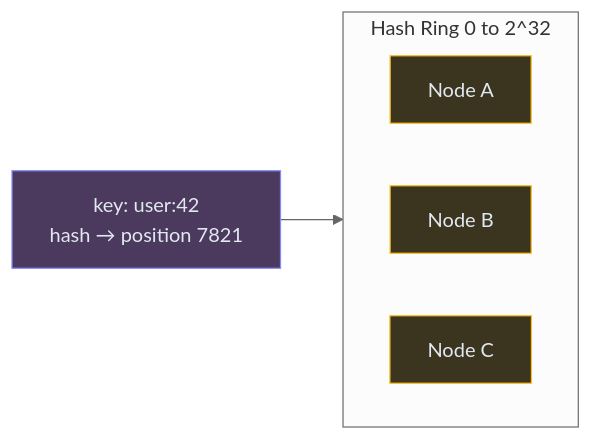
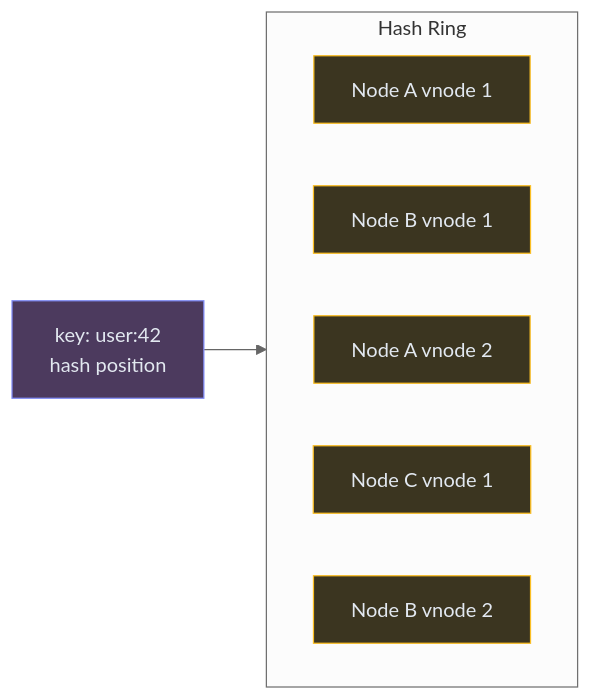
The seventh of 10 diagrams in content/hld/KeyValueStore.md (iluzn/HLD-Designs), drawn with Mermaid (neutral theme) before and after one commit. The commit also changed other lines of this file, not shown here.

Commit message:
rewrite Key-Value Store in Hello Interview style: incremental build, one FR at a time, WHY before WHAT

````diff
--- a/content/hld/KeyValueStore.md
+++ b/content/hld/KeyValueStore.md
@@ -210,15 +349,17 @@
 ```mermaid
 flowchart LR
-    subgraph Ring["Hash Ring 0 to 2^32"]
+    subgraph "Hash Ring"
         direction LR
-        A["Node A"]:::data
-        B["Node B"]:::data
-        C["Node C"]:::data
+        VN1["Node A vnode 1"]:::data
+        VN2["Node B vnode 1"]:::data
+        VN3["Node A vnode 2"]:::data
+        VN4["Node C vnode 1"]:::data
+        VN5["Node B vnode 2"]:::data
     end
 
-    KEY["key: user:42<br/>hash → position 7821"]:::client
-    KEY --> B
+    KEY["key: user:42<br/>hash position"]:::client
+    KEY --> VN2
 
     classDef client fill:#4c3a5e,stroke:#818cf8,color:#e2e8f0
     classDef data fill:#3b3520,stroke:#fbbf24,color:#e2e8f0
 ```
````
